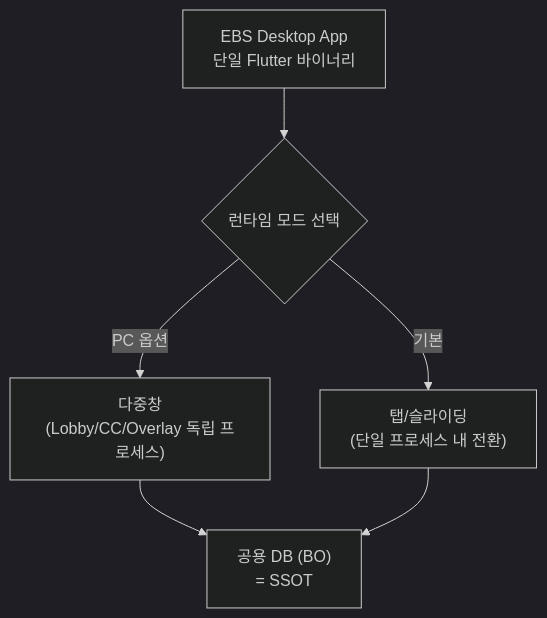
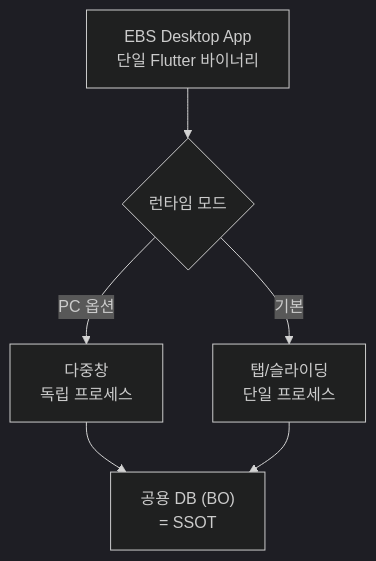
Before and after one commit to garimto81/ebs_github: the first of 5 diagrams in docs/1. Product/Foundation.md, drawn with Mermaid (dark theme). The commit also changed other lines of this file, not shown here.

````diff
--- a/docs/1. Product/Foundation.md
+++ b/docs/1. Product/Foundation.md
@@ -282,8 +552,9 @@
 ```mermaid
 flowchart TD
-    App[EBS Desktop App<br/>단일 Flutter 바이너리] --> Mode{런타임 모드 선택}
-    Mode -->|기본| Tabs["탭/슬라이딩<br/>(단일 프로세스 내 전환)"]
-    Mode -->|PC 옵션| Multi["다중창<br/>(Lobby/CC/Overlay 독립 프로세스)"]
+    App[EBS Desktop App<br/>단일 Flutter 바이너리]
+    App --> Mode{런타임 모드}
+    Mode -->|기본| Tabs["탭/슬라이딩<br/>단일 프로세스"]
+    Mode -->|PC 옵션| Multi["다중창<br/>독립 프로세스"]
     Multi --> DB["공용 DB (BO)<br/>= SSOT"]
     Tabs --> DB
 ```
````
